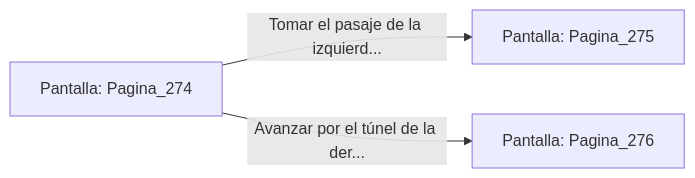
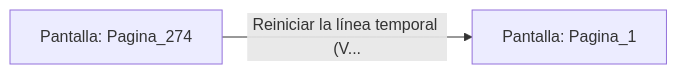
One commit to metsuke/mpl changed the diagram in sample/eligejuego-vault/Pantalla_Pagina_274.md. Above: the diagram before and after it, drawn with Mermaid. The commit also changed other lines of this file and 635 other files, not shown here.

First line of the commit message:
fix: añadir Pagina_1 como pantalla inicial en capitulo_01.mpl

````diff
--- a/sample/eligejuego-vault/Pantalla_Pagina_274.md
+++ b/sample/eligejuego-vault/Pantalla_Pagina_274.md
@@ -20,6 +17,5 @@
 ```mermaid
 graph LR
     P_Pagina_274["Pantalla: Pagina_274"]
-    P_Pagina_274 -->|"Tomar el pasaje de la izquierd..."| P_Pagina_275["Pantalla: Pagina_275"]
-    P_Pagina_274 -->|"Avanzar por el túnel de la der..."| P_Pagina_276["Pantalla: Pagina_276"]
+    P_Pagina_274 -->|"Reiniciar la línea temporal (V..."| P_Pagina_1["Pantalla: Pagina_1"]
 ```
````
